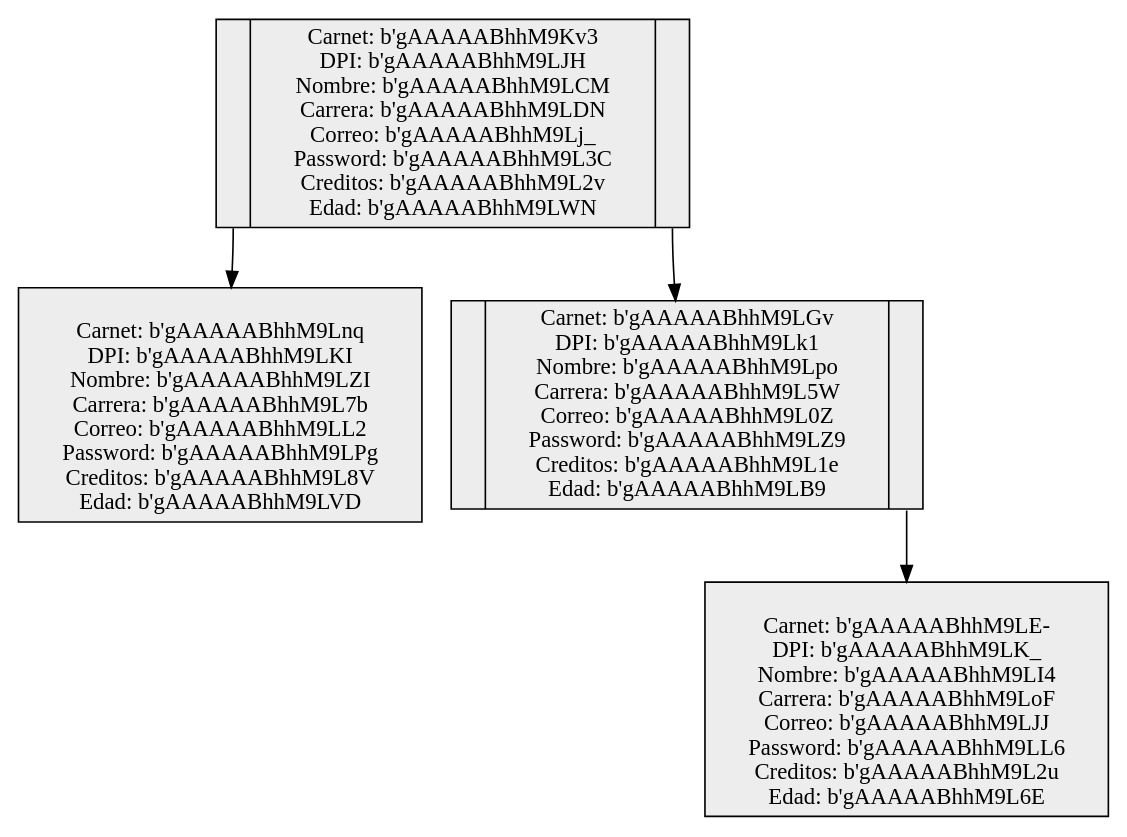
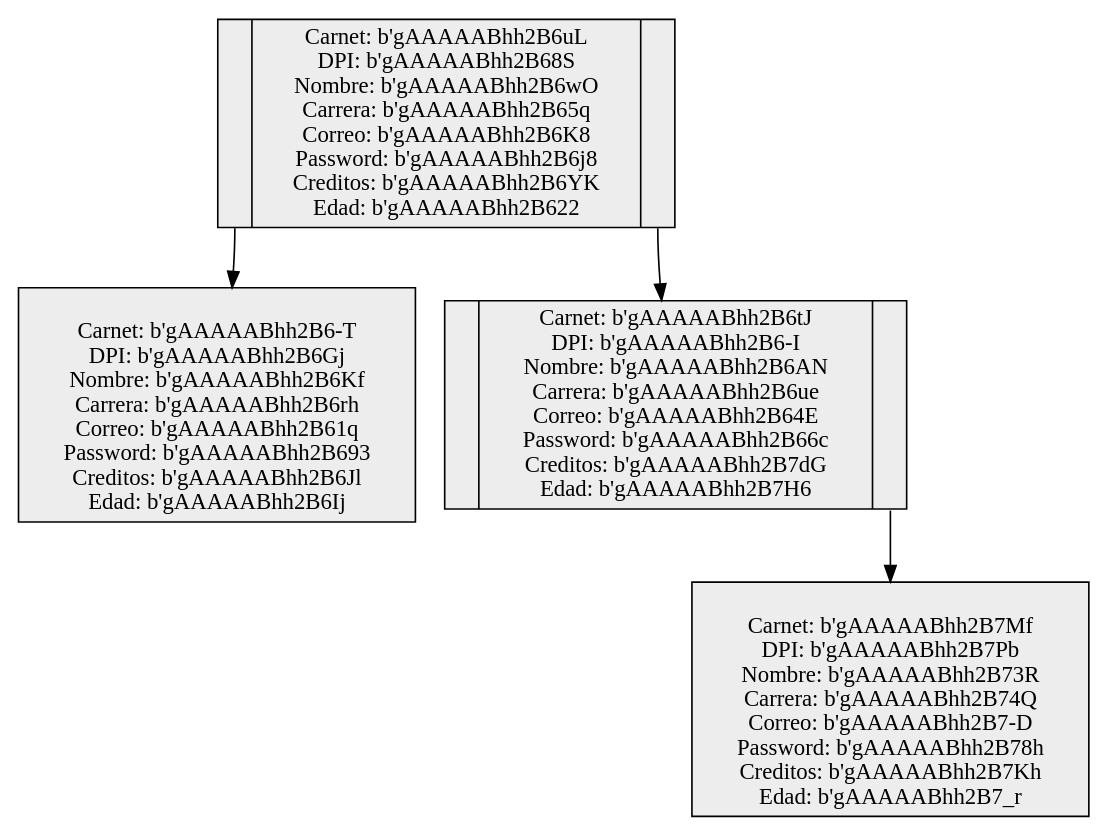
One commit to BrayanPradoMarroquin/EDD_SmartClass_201801369 changed the diagram in FASE 2/FRONTEND/front/src/assets/ArbolAVLEncrypt.dot. Above: the diagram before and after it, drawn with Graphviz. The commit also changed 18 other files, not shown here.

```diff
--- a/FASE 2/FRONTEND/front/src/assets/ArbolAVLEncrypt.dot
+++ b/FASE 2/FRONTEND/front/src/assets/ArbolAVLEncrypt.dot
@@ -1,11 +1,11 @@
 digraph G { 
 rankdir=TB; 
 node [shape = record, color=black , style=filled, fillcolor=gray93];
-nodo201822186 [ label ="<C0>| Carnet: b'gAAAAABhhM9Kv3\n DPI: b'gAAAAABhhM9LJH\n Nombre: b'gAAAAABhhM9LCM\n Carrera: b'gAAAAABhhM9LDN\n Correo: b'gAAAAABhhM9Lj_\n Password: b'gAAAAABhhM9L3C\n Creditos: b'gAAAAABhhM9L2v\n Edad: b'gAAAAABhhM9LWN|<C1>"];
-nodo201722412[ label="\n Carnet: b'gAAAAABhhM9Lnq\n DPI: b'gAAAAABhhM9LKI\n Nombre: b'gAAAAABhhM9LZI\n Carrera: b'gAAAAABhhM9L7b\n Correo: b'gAAAAABhhM9LL2\n Password: b'gAAAAABhhM9LPg\n Creditos: b'gAAAAABhhM9L8V\n Edad: b'gAAAAABhhM9LVD"]; 
+nodo201822186 [ label ="<C0>| Carnet: b'gAAAAABhh2B6uL\n DPI: b'gAAAAABhh2B68S\n Nombre: b'gAAAAABhh2B6wO\n Carrera: b'gAAAAABhh2B65q\n Correo: b'gAAAAABhh2B6K8\n Password: b'gAAAAABhh2B6j8\n Creditos: b'gAAAAABhh2B6YK\n Edad: b'gAAAAABhh2B622|<C1>"];
+nodo201722412[ label="\n Carnet: b'gAAAAABhh2B6-T\n DPI: b'gAAAAABhh2B6Gj\n Nombre: b'gAAAAABhh2B6Kf\n Carrera: b'gAAAAABhh2B6rh\n Correo: b'gAAAAABhh2B61q\n Password: b'gAAAAABhh2B693\n Creditos: b'gAAAAABhh2B6Jl\n Edad: b'gAAAAABhh2B6Ij"]; 
 nodo201822186:C0->nodo201722412
-nodo20210000003 [ label ="<C0>| Carnet: b'gAAAAABhhM9LGv\n DPI: b'gAAAAABhhM9Lk1\n Nombre: b'gAAAAABhhM9Lpo\n Carrera: b'gAAAAABhhM9L5W\n Correo: b'gAAAAABhhM9L0Z\n Password: b'gAAAAABhhM9LZ9\n Creditos: b'gAAAAABhhM9L1e\n Edad: b'gAAAAABhhM9LB9|<C1>"];
-nodo20210000004[ label="\n Carnet: b'gAAAAABhhM9LE-\n DPI: b'gAAAAABhhM9LK_\n Nombre: b'gAAAAABhhM9LI4\n Carrera: b'gAAAAABhhM9LoF\n Correo: b'gAAAAABhhM9LJJ\n Password: b'gAAAAABhhM9LL6\n Creditos: b'gAAAAABhhM9L2u\n Edad: b'gAAAAABhhM9L6E"]; 
+nodo20210000003 [ label ="<C0>| Carnet: b'gAAAAABhh2B6tJ\n DPI: b'gAAAAABhh2B6-I\n Nombre: b'gAAAAABhh2B6AN\n Carrera: b'gAAAAABhh2B6ue\n Correo: b'gAAAAABhh2B64E\n Password: b'gAAAAABhh2B66c\n Creditos: b'gAAAAABhh2B7dG\n Edad: b'gAAAAABhh2B7H6|<C1>"];
+nodo20210000004[ label="\n Carnet: b'gAAAAABhh2B7Mf\n DPI: b'gAAAAABhh2B7Pb\n Nombre: b'gAAAAABhh2B73R\n Carrera: b'gAAAAABhh2B74Q\n Correo: b'gAAAAABhh2B7-D\n Password: b'gAAAAABhh2B78h\n Creditos: b'gAAAAABhh2B7Kh\n Edad: b'gAAAAABhh2B7_r"]; 
 nodo20210000003:C1->nodo20210000004
 nodo201822186:C1->nodo20210000003
 } 
```
